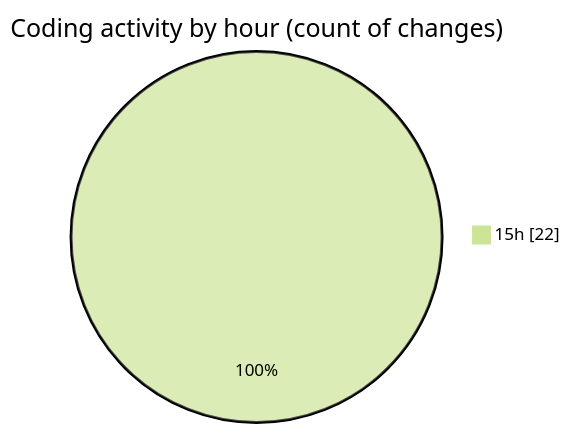
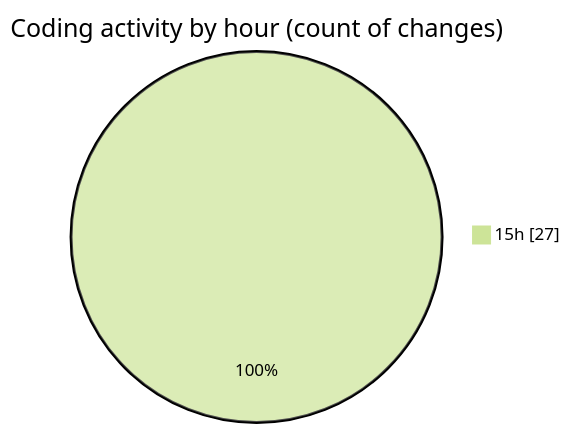
Before and after one commit to idhammustaqopulfikri/code-tracking: the second of 2 diagrams in 2025-06-06/sewa-mobil/README.md, drawn with Mermaid (forest theme). The commit also changed other lines of this file and 1 other file, not shown here.

````diff
--- a/2025-06-06/sewa-mobil/README.md
+++ b/2025-06-06/sewa-mobil/README.md
@@ -34,5 +36,5 @@
 ```mermaid
 pie showData
 title Coding activity by hour (count of changes)
-"15h" : 22
+"15h" : 27
 ```
````
